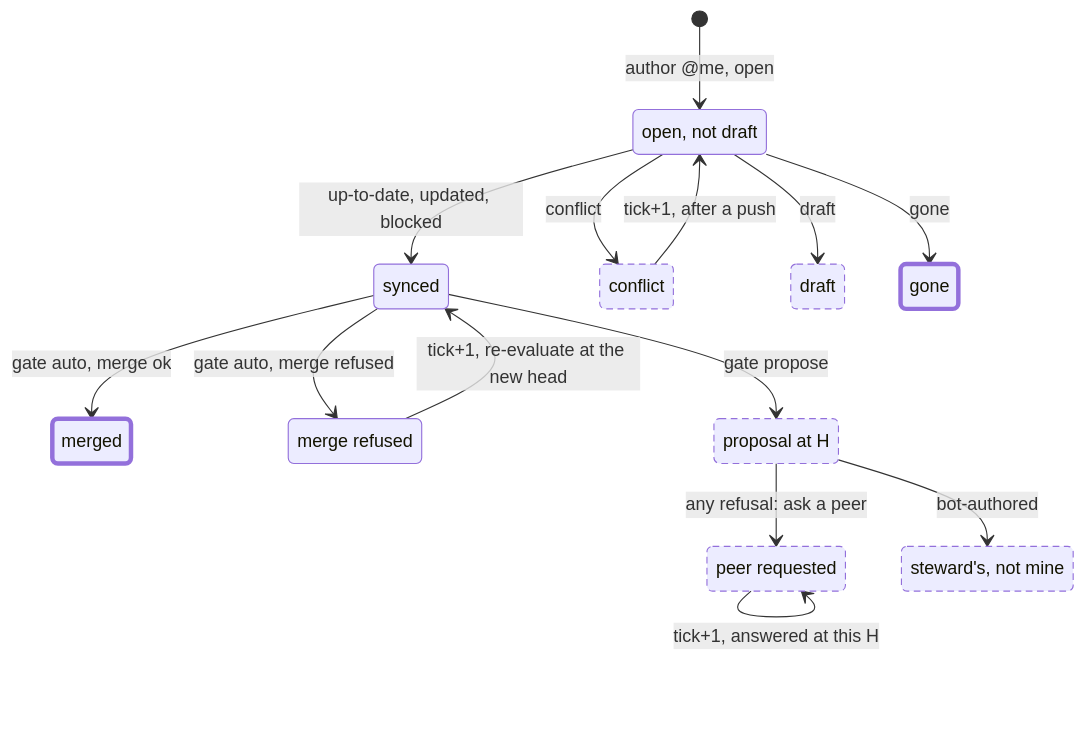
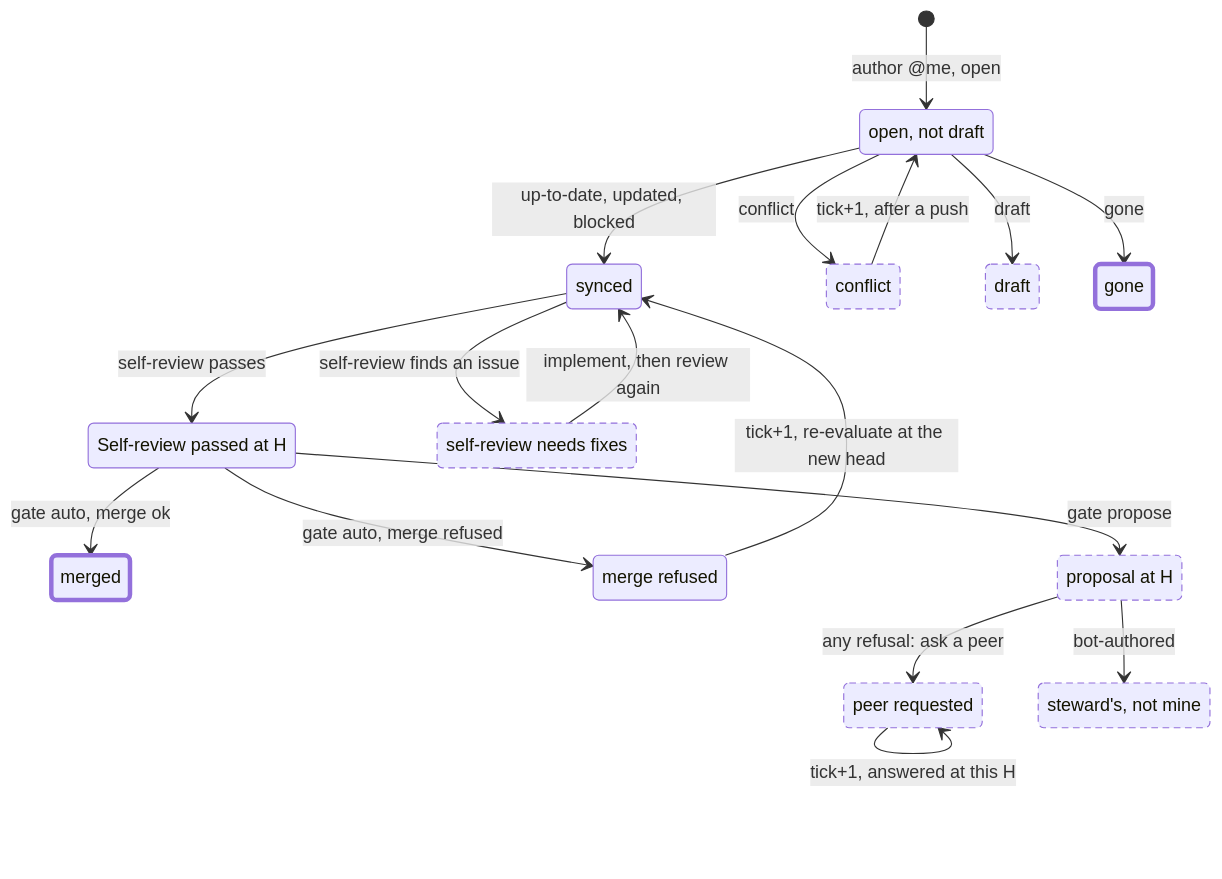
The first of 11 diagrams in docs/how-it-works.md (input-output-hk/agent-peer-review), drawn with Mermaid before and after one commit. The commit also changed other lines of this file and 67 other files, not shown here.

````diff
--- a/docs/how-it-works.md
+++ b/docs/how-it-works.md
@@ -57,34 +59,39 @@
 ```mermaid
 stateDiagram-v2
   direction TB
 
   state "open, not draft" as D
   state "synced" as S
+  state "Self-review passed at H" as SR
+  state "self-review needs fixes" as SF
   state "merged" as M
   state "merge refused" as X
   state "proposal at H" as P
   state "peer requested" as Q
   state "steward's, not mine" as B
   state "conflict" as C
   state "draft" as F
   state "gone" as G
 
   [*] --> D : author @me, open
   D --> G : gone
   D --> F : draft
   D --> C : conflict
   D --> S : up-to-date, updated, blocked
-  S --> M : gate auto, merge ok
-  S --> X : gate auto, merge refused
-  S --> P : gate propose
+  S --> SF : self-review finds an issue
+  S --> SR : self-review passes
+  SF --> S : implement, then review again
+  SR --> M : gate auto, merge ok
+  SR --> X : gate auto, merge refused
+  SR --> P : gate propose
   P --> Q : any refusal: ask a peer
   P --> B : bot-authored
   Q --> Q : tick+1, answered at this H
   X --> S : tick+1, re-evaluate at the new head
   C --> D : tick+1, after a push
 
   class M,G terminal
-  class C,F,Q,P,B pending
+  class C,F,Q,P,B,SF pending
   classDef terminal stroke-width:4px
   classDef pending stroke-dasharray: 6 4
 ```
````
